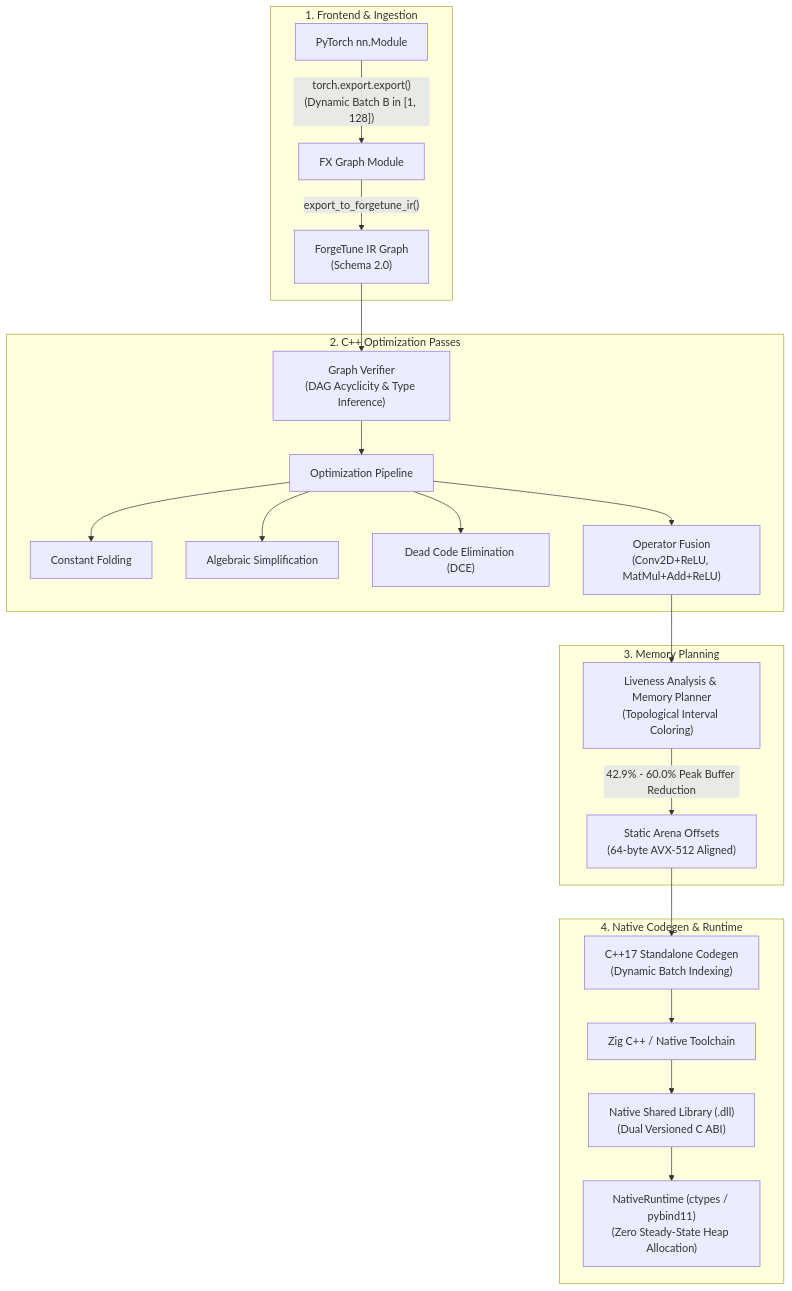
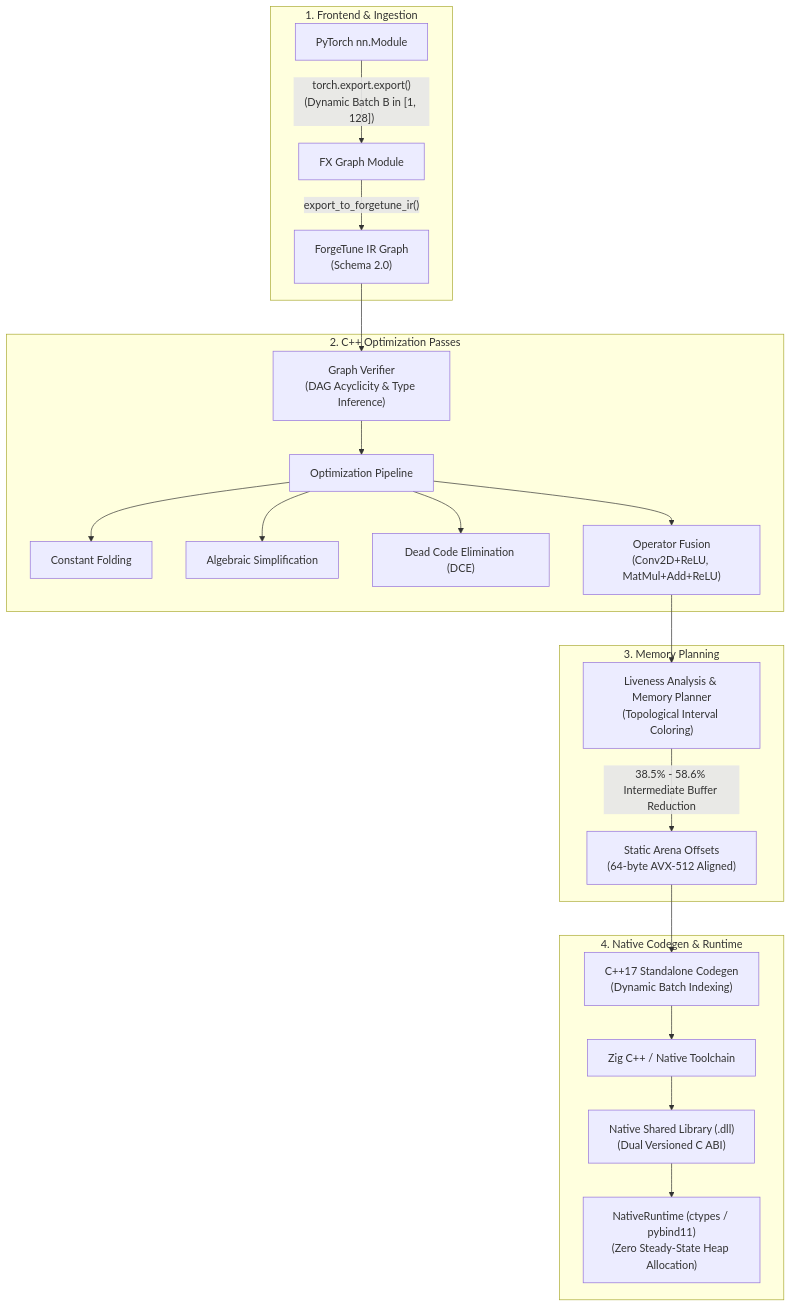
The diagram in README.md (TDheeraj14569/Forgetune), drawn with Mermaid before and after one commit. The commit also changed other lines of this file and 20 other files, not shown here.

````diff
--- a/README.md
+++ b/README.md
@@ -28,28 +28,28 @@
 ```mermaid
 flowchart TD
     subgraph Frontend["1. Frontend & Ingestion"]
         A["PyTorch nn.Module"] -->|"torch.export.export()<br/>(Dynamic Batch B in [1, 128])"| B["FX Graph Module"]
         B -->|"export_to_forgetune_ir()"| C["ForgeTune IR Graph<br/>(Schema 2.0)"]
     end
 
     subgraph Optimization["2. C++ Optimization Passes"]
         C --> D["Graph Verifier<br/>(DAG Acyclicity & Type Inference)"]
         D --> E["Optimization Pipeline"]
         E --> E1["Constant Folding"]
         E --> E2["Algebraic Simplification"]
         E --> E3["Dead Code Elimination (DCE)"]
         E --> E4["Operator Fusion<br/>(Conv2D+ReLU, MatMul+Add+ReLU)"]
     end
 
     subgraph Memory["3. Memory Planning"]
         E4 --> F["Liveness Analysis & Memory Planner<br/>(Topological Interval Coloring)"]
-        F -->|"42.9% - 60.0% Peak Buffer Reduction"| G["Static Arena Offsets<br/>(64-byte AVX-512 Aligned)"]
+        F -->|"38.5% - 58.6% Intermediate Buffer Reduction"| G["Static Arena Offsets<br/>(64-byte AVX-512 Aligned)"]
     end
 
     subgraph Native["4. Native Codegen & Runtime"]
         G --> H["C++17 Standalone Codegen<br/>(Dynamic Batch Indexing)"]
         H --> I["Zig C++ / Native Toolchain"]
         I --> J["Native Shared Library (.dll)<br/>(Dual Versioned C ABI)"]
         J --> K["NativeRuntime (ctypes / pybind11)<br/>(Zero Steady-State Heap Allocation)"]
     end
 ```
````
